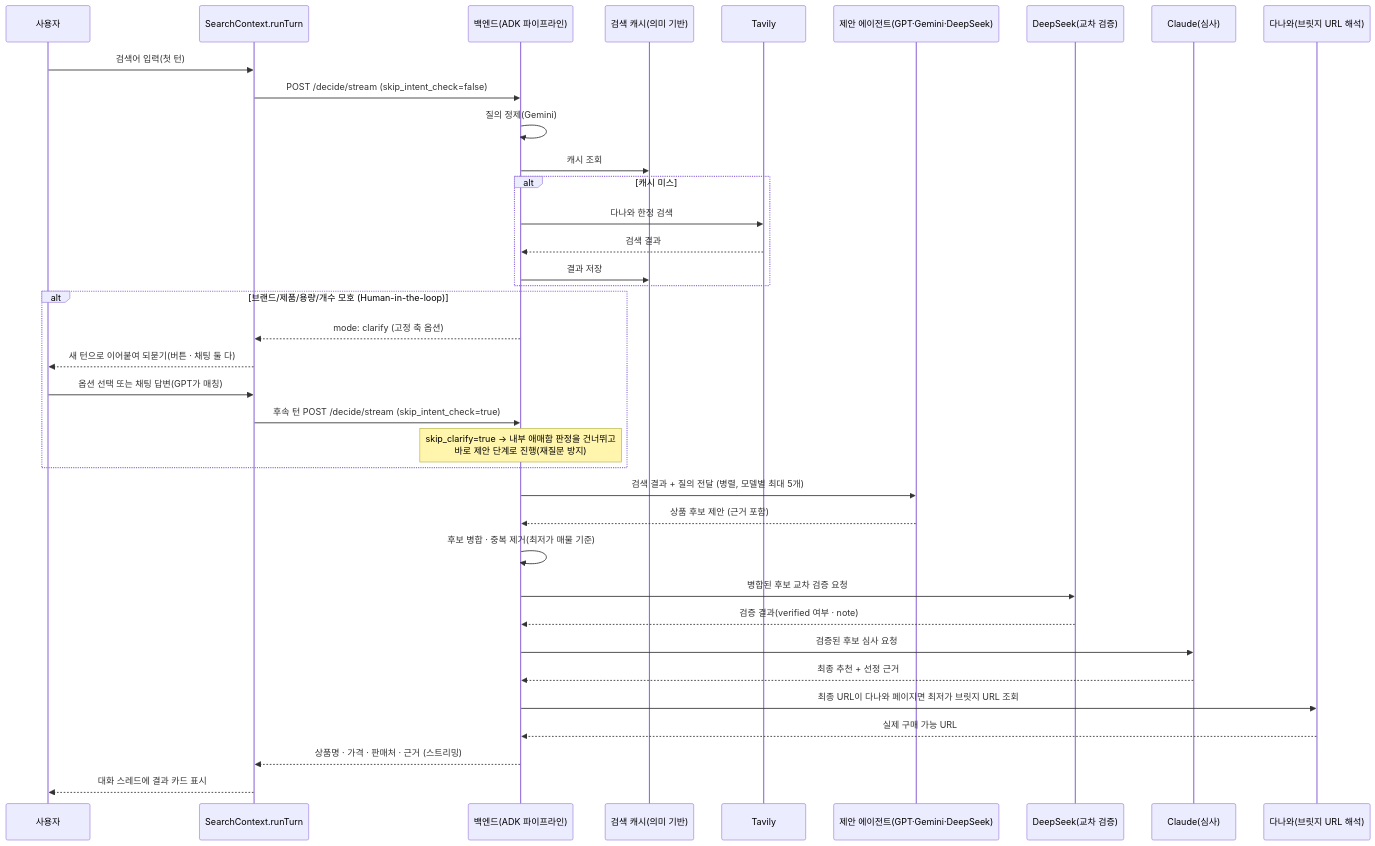
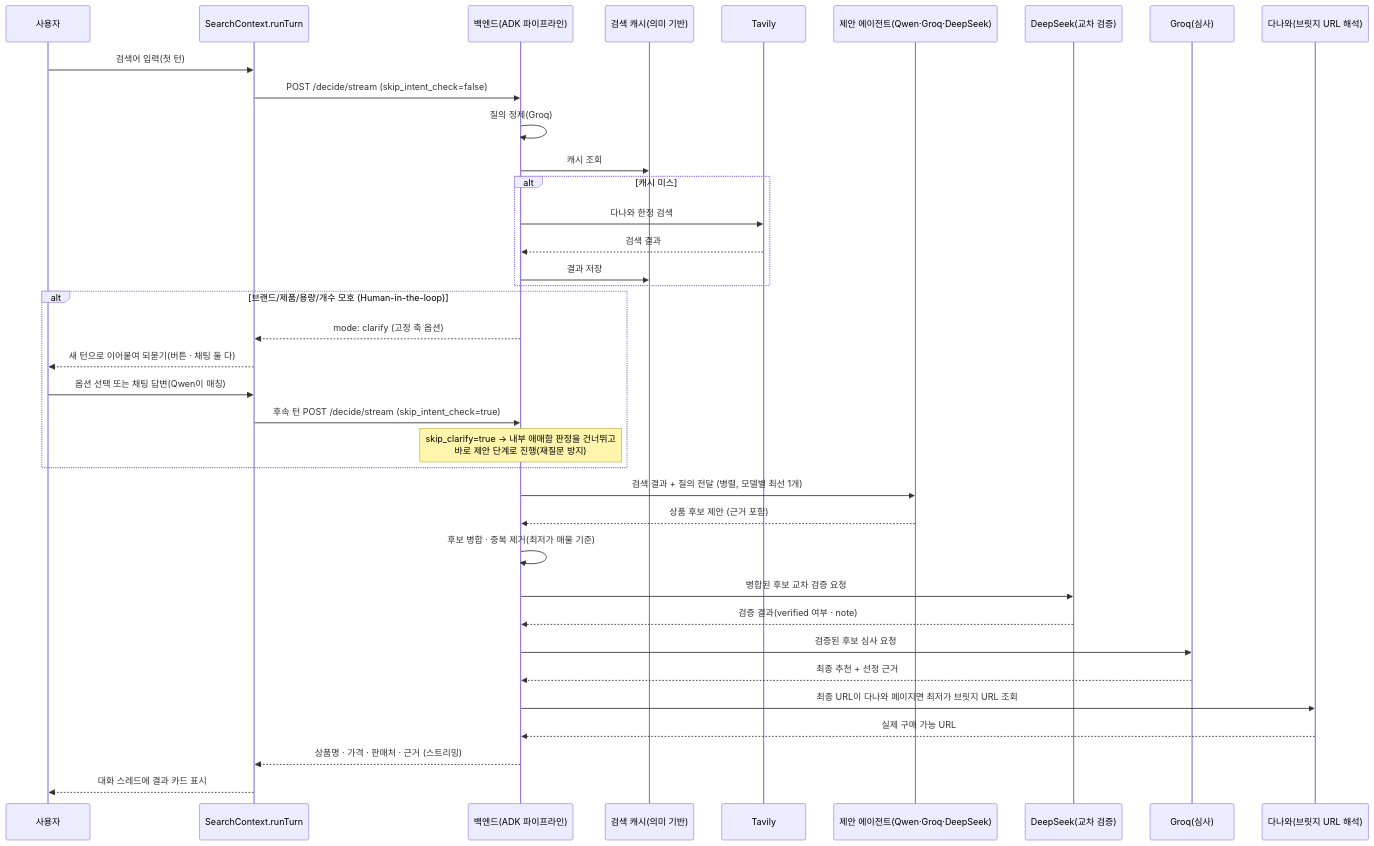
Before and after one commit to Alpha-pick00/Alpha-pick00.github.io: the second of 2 diagrams in README.md, drawn with Mermaid. The commit also changed other lines of this file and 10 other files, not shown here.

First line of the commit message:
Replace Gemini/Claude with free Groq models

````diff
--- a/README.md
+++ b/README.md
@@ -194,40 +195,40 @@
 ```mermaid
 sequenceDiagram
     participant U as 사용자
     participant CTX as SearchContext.runTurn
     participant B as 백엔드(ADK 파이프라인)
     participant Cache as 검색 캐시(의미 기반)
     participant T as Tavily
-    participant P as 제안 에이전트(GPT·Gemini·DeepSeek)
+    participant P as 제안 에이전트(Qwen·Groq·DeepSeek)
     participant D as DeepSeek(교차 검증)
-    participant J as Claude(심사)
+    participant J as Groq(심사)
     participant DW as 다나와(브릿지 URL 해석)
 
     U->>CTX: 검색어 입력(첫 턴)
     CTX->>B: POST /decide/stream (skip_intent_check=false)
-    B->>B: 질의 정제(Gemini)
+    B->>B: 질의 정제(Groq)
     B->>Cache: 캐시 조회
     alt 캐시 미스
         B->>T: 다나와 한정 검색
         T-->>B: 검색 결과
         B->>Cache: 결과 저장
     end
     alt 브랜드/제품/용량/개수 모호 (Human-in-the-loop)
         B-->>CTX: mode: clarify (고정 축 옵션)
         CTX-->>U: 새 턴으로 이어붙여 되묻기(버튼 · 채팅 둘 다)
-        U->>CTX: 옵션 선택 또는 채팅 답변(GPT가 매칭)
+        U->>CTX: 옵션 선택 또는 채팅 답변(Qwen이 매칭)
         CTX->>B: 후속 턴 POST /decide/stream (skip_intent_check=true)
         Note over B: skip_clarify=true → 내부 애매함 판정을 건너뛰고<br/>바로 제안 단계로 진행(재질문 방지)
     end
-    B->>P: 검색 결과 + 질의 전달 (병렬, 모델별 최대 5개)
+    B->>P: 검색 결과 + 질의 전달 (병렬, 모델별 최선 1개)
     P-->>B: 상품 후보 제안 (근거 포함)
     B->>B: 후보 병합 · 중복 제거(최저가 매물 기준)
     B->>D: 병합된 후보 교차 검증 요청
     D-->>B: 검증 결과(verified 여부 · note)
     B->>J: 검증된 후보 심사 요청
     J-->>B: 최종 추천 + 선정 근거
     B->>DW: 최종 URL이 다나와 페이지면 최저가 브릿지 URL 조회
     DW-->>B: 실제 구매 가능 URL
     B-->>CTX: 상품명 · 가격 · 판매처 · 근거 (스트리밍)
     CTX-->>U: 대화 스레드에 결과 카드 표시
 ```
````
